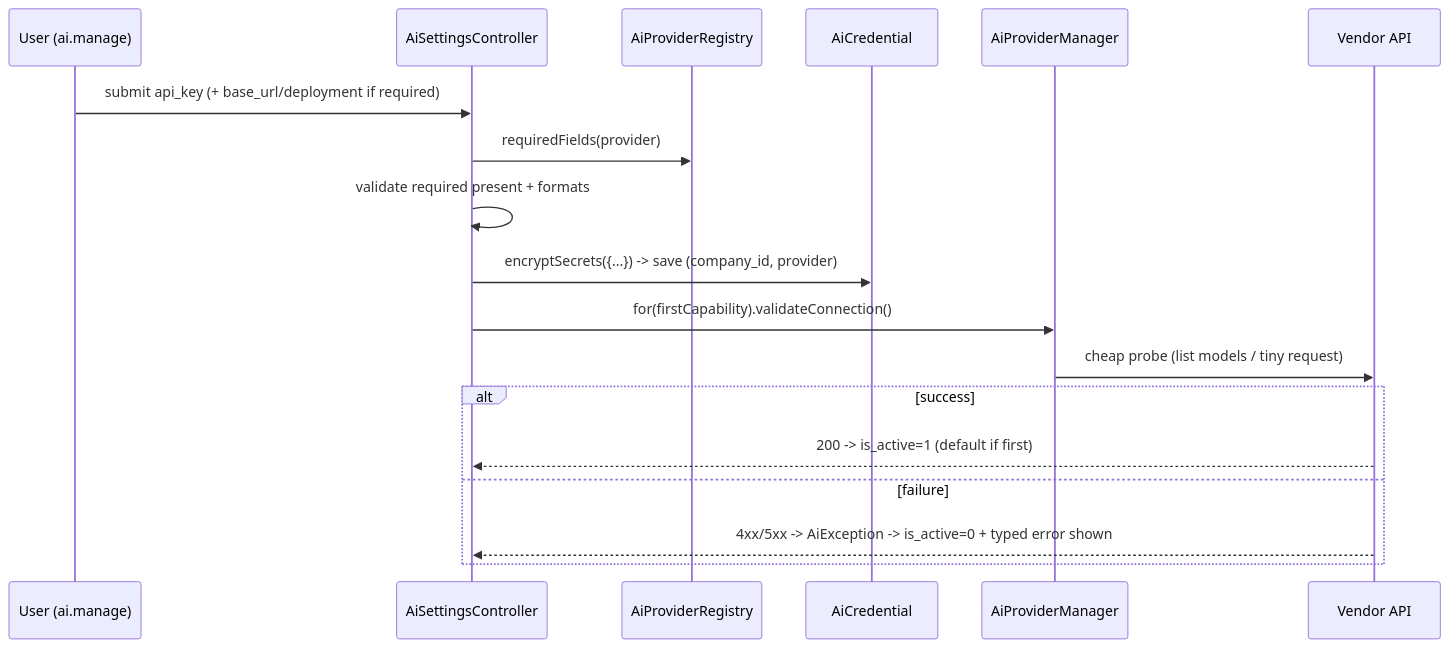
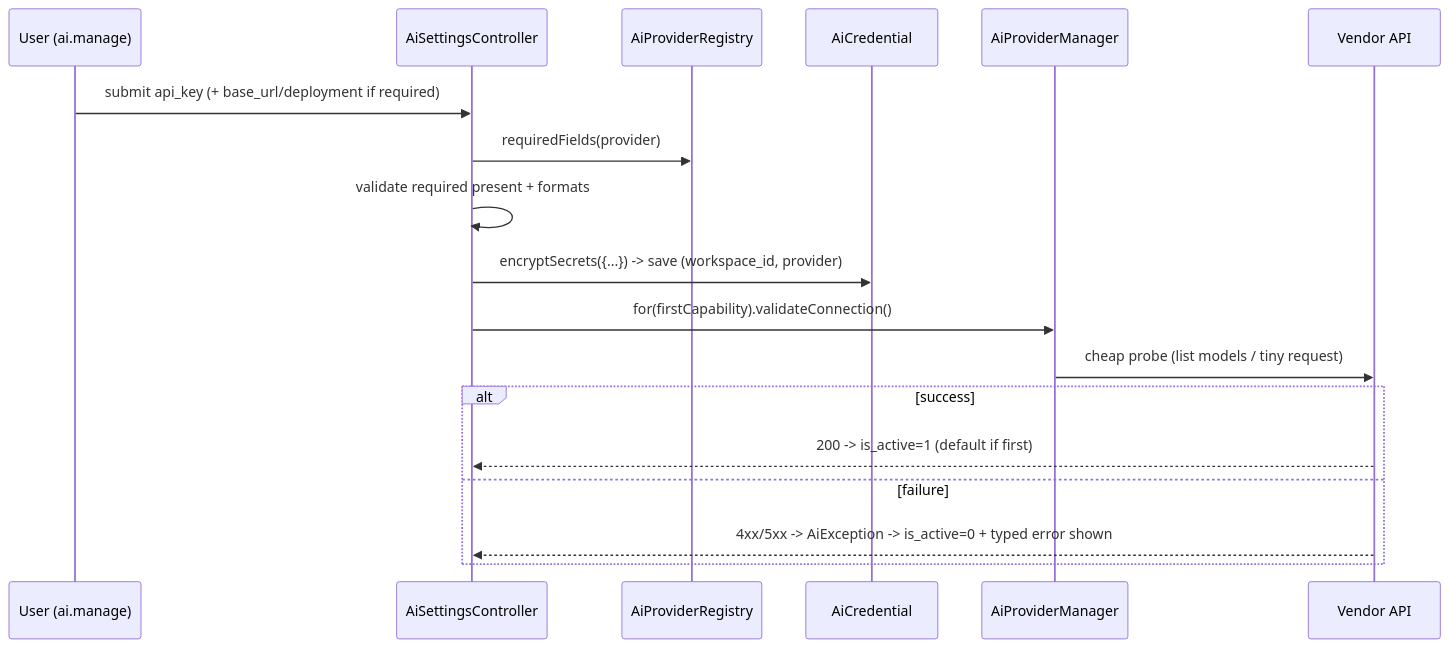
Before and after one commit to ammarnabileg/crm: the third of 3 diagrams in docs/17-AI-Providers.md, drawn with Mermaid. The commit also changed other lines of this file and 47 other files, not shown here.

````diff
--- a/docs/17-AI-Providers.md
+++ b/docs/17-AI-Providers.md
@@ -211,21 +211,21 @@
 ```mermaid
 sequenceDiagram
     participant U as User (ai.manage)
     participant Ctrl as AiSettingsController
     participant Reg as AiProviderRegistry
     participant Cred as AiCredential
     participant Mgr as AiProviderManager
     participant Vendor as Vendor API
 
     U->>Ctrl: submit api_key (+ base_url/deployment if required)
     Ctrl->>Reg: requiredFields(provider)
     Ctrl->>Ctrl: validate required present + formats
-    Ctrl->>Cred: encryptSecrets({...}) -> save (company_id, provider)
+    Ctrl->>Cred: encryptSecrets({...}) -> save (workspace_id, provider)
     Ctrl->>Mgr: for(firstCapability).validateConnection()
     Mgr->>Vendor: cheap probe (list models / tiny request)
     alt success
         Vendor-->>Ctrl: 200 -> is_active=1 (default if first)
     else failure
         Vendor-->>Ctrl: 4xx/5xx -> AiException -> is_active=0 + typed error shown
     end
 ```
````
